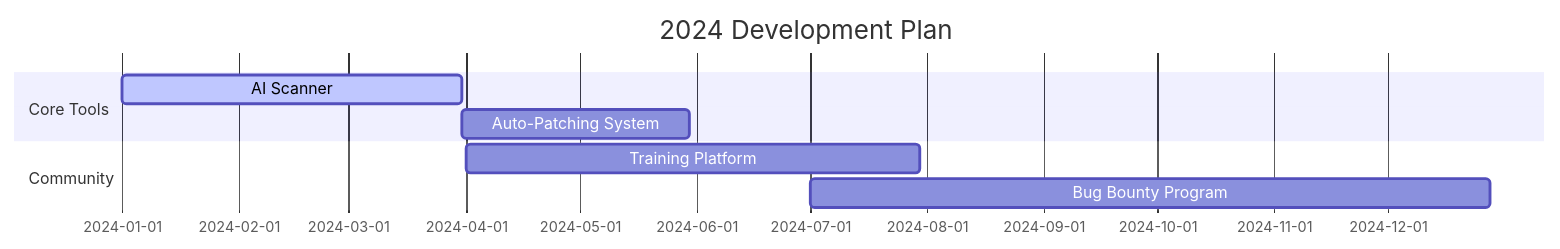
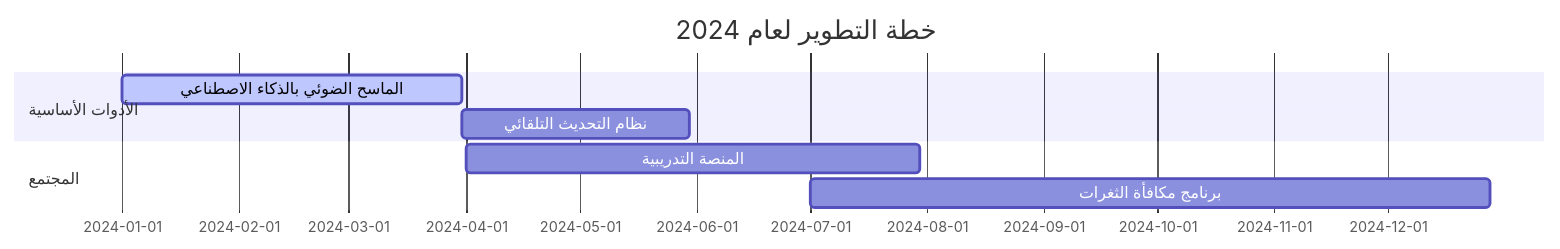
One commit to blackwolf-git/blackwolf-git changed the second of 3 diagrams in README.md. Above: the diagram before and after it, drawn with Mermaid. The commit also changed other lines of this file, not shown here.

````diff
--- a/README.md
+++ b/README.md
@@ -67,11 +80,11 @@
 ```mermaid
 gantt
-  title 2024 Development Plan
+  title خطة التطوير لعام 2024
   dateFormat  YYYY-MM-DD
-  section Core Tools
-  AI Scanner           :active, a1, 2024-01-01, 90d
-  Auto-Patching System :a2, after a1, 60d
-  section Community
-  Training Platform    :2024-04-01, 120d
-  Bug Bounty Program   :2024-07-01, 180d
+  section الأدوات الأساسية
+  الماسح الضوئي بالذكاء الاصطناعي       :active, a1, 2024-01-01, 90d
+  نظام التحديث التلقائي      :a2, after a1, 60d
+  section المجتمع
+  المنصة التدريبية          :2024-04-01, 120d
+  برنامج مكافأة الثغرات      :2024-07-01, 180d
 ```
````
